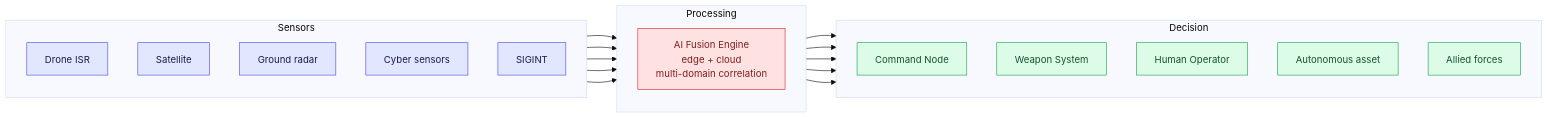
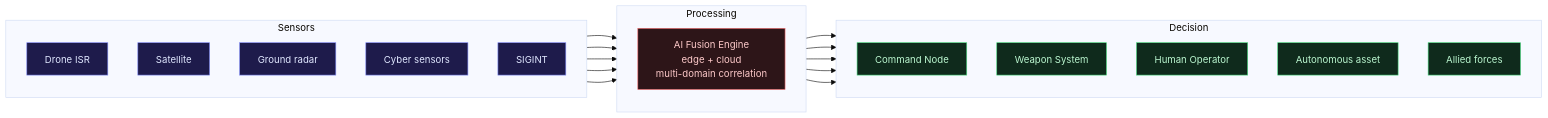
One commit to arifbazli/malay-tech-journal changed the diagram in src/content/posts/ms/mad-01-battlefield.md. Above: the diagram before and after it, drawn with Mermaid (base theme). The commit also changed other lines of this file and 16 other files, not shown here.

First line of the commit message:
fix(mermaid): fix light-theme colors and rendering bugs across all diagrams

````diff
--- a/src/content/posts/ms/mad-01-battlefield.md
+++ b/src/content/posts/ms/mad-01-battlefield.md
@@ -57,36 +57,36 @@
 ```mermaid
 flowchart LR
   subgraph sensors [Sensors]
     direction TB
     S1[Drone ISR]:::sensor
     S2[Satellite]:::sensor
     S3[Ground radar]:::sensor
     S4[Cyber sensors]:::sensor
     S5[SIGINT]:::sensor
   end
   subgraph processing [Processing]
     direction TB
     PE["AI Fusion Engine<br/>edge + cloud<br/>multi-domain correlation"]:::process
   end
   subgraph decision [Decision]
     direction TB
     D1[Command Node]:::cmd
     D2[Weapon System]:::cmd
     D3[Human Operator]:::cmd
     D4[Autonomous asset]:::cmd
     D5[Allied forces]:::cmd
   end
   S1 --> PE
   S2 --> PE
   S3 --> PE
   S4 --> PE
   S5 --> PE
   PE --> D1
   PE --> D2
   PE --> D3
   PE --> D4
   PE --> D5
-  classDef sensor fill:#e0e7ff,stroke:#4f46e5,color:#1e1b4b
-  classDef process fill:#fee2e2,stroke:#dc2626,color:#7f1d1d
-  classDef cmd fill:#dcfce7,stroke:#16a34a,color:#14532d
+  classDef sensor fill:#1e1b4b,stroke:#818cf8,color:#e0e7ff
+  classDef process fill:#2d1518,stroke:#f87171,color:#fecaca
+  classDef cmd fill:#0f2a1c,stroke:#4ade80,color:#bbf7d0
 ```
````
